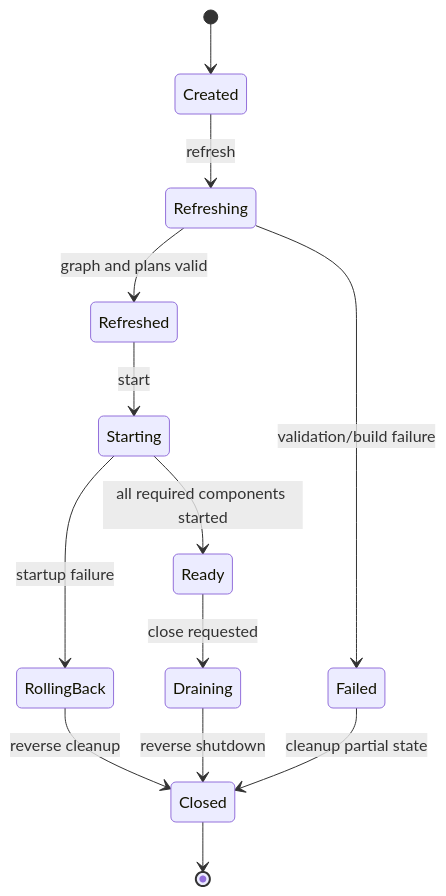
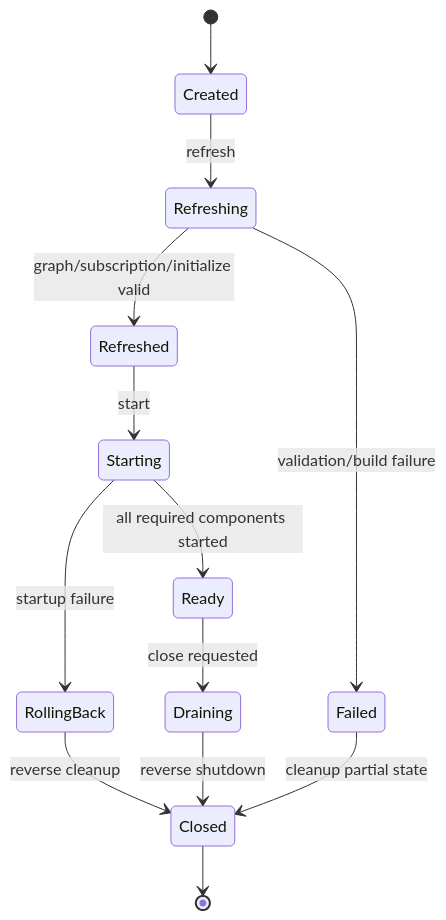
Diagram 16 of 24 in docs/Vernal-Architecture.zh_CN.md (easy-4-rust/vernal), drawn with Mermaid before and after one commit. The commit also changed other lines of this file and 14 other files, not shown here.

````diff
--- a/docs/Vernal-Architecture.zh_CN.md
+++ b/docs/Vernal-Architecture.zh_CN.md
@@ -997,15 +997,15 @@
 ```mermaid
 stateDiagram-v2
     [*] --> Created
     Created --> Refreshing: refresh
-    Refreshing --> Refreshed: graph and plans valid
+    Refreshing --> Refreshed: graph/subscription/initialize valid
     Refreshing --> Failed: validation/build failure
     Refreshed --> Starting: start
     Starting --> Ready: all required components started
     Starting --> RollingBack: startup failure
     Ready --> Draining: close requested
     RollingBack --> Closed: reverse cleanup
     Draining --> Closed: reverse shutdown
     Failed --> Closed: cleanup partial state
     Closed --> [*]
 ```
````
